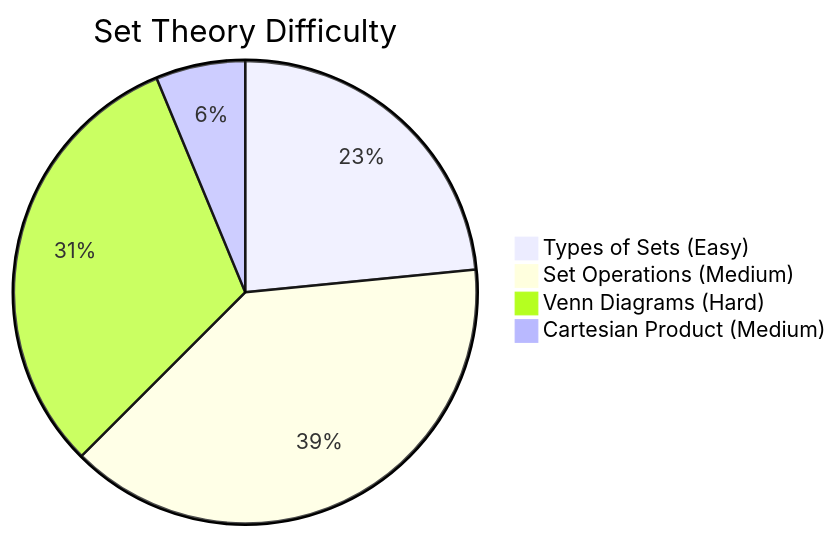
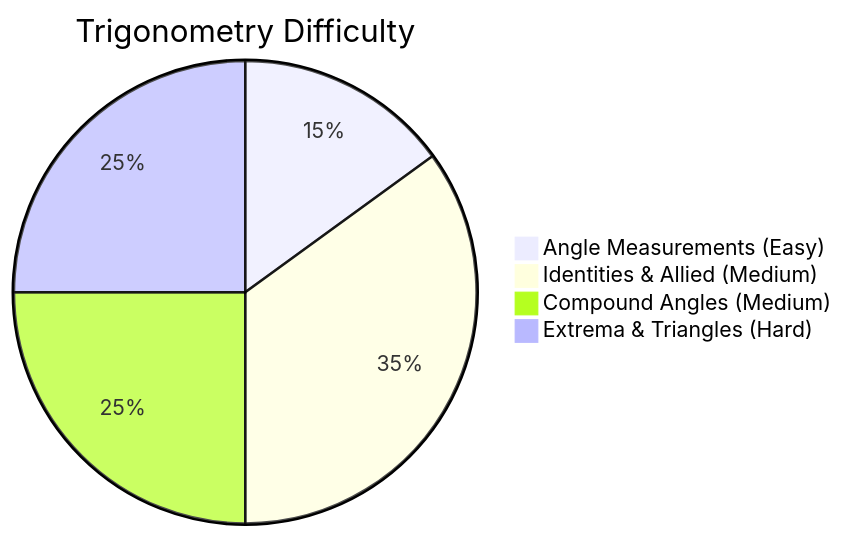
The second of 2 diagrams in content/cds/math/math_overview.md (skc-coder/SAGE), drawn with Mermaid before and after one commit. The commit also changed other lines of this file and 10 other files, not shown here.

````diff
--- a/content/cds/math/math_overview.md
+++ b/content/cds/math/math_overview.md
@@ -21,7 +23,7 @@
 ```mermaid
-pie title Set Theory Difficulty
-    "Types of Sets (Easy)" : 15
-    "Set Operations (Medium)" : 25
-    "Venn Diagrams (Hard)" : 20
-    "Cartesian Product (Medium)" : 4
+pie title Trigonometry Difficulty
+    "Angle Measurements (Easy)" : 15
+    "Identities & Allied (Medium)" : 35
+    "Compound Angles (Medium)" : 25
+    "Extrema & Triangles (Hard)" : 25
 ```
````
